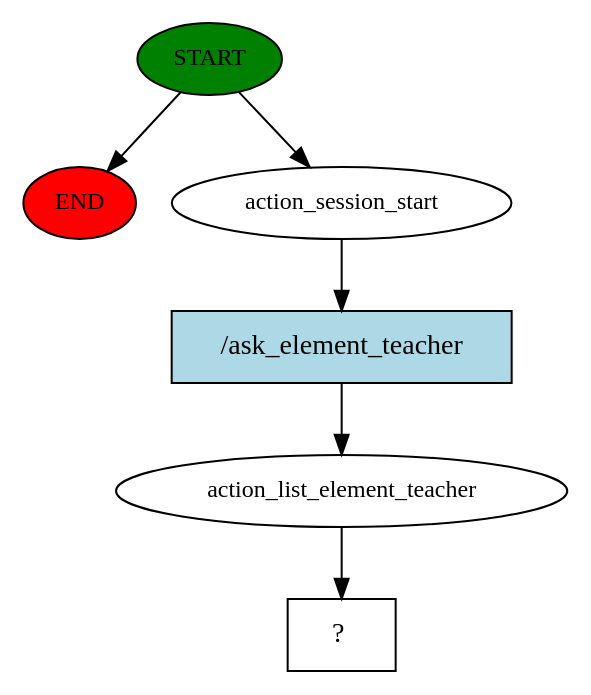
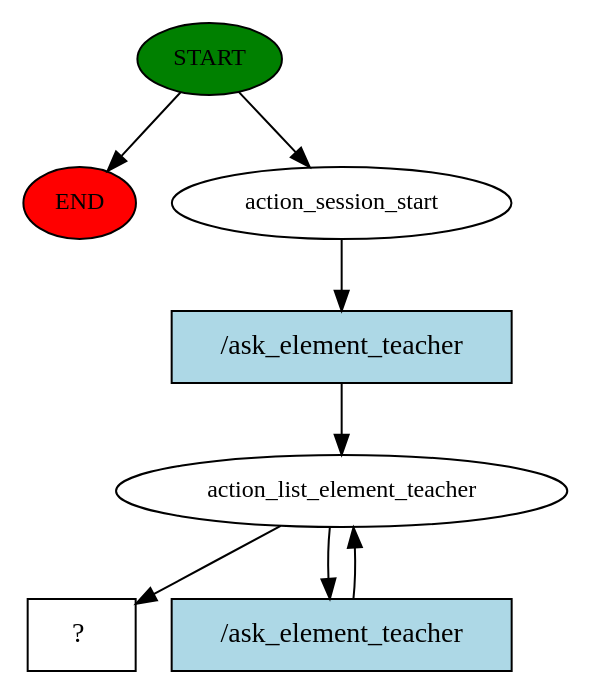
The diagram in story_graph.dot (yb403/ChatBotAI-costumer-service), drawn with Graphviz before and after one commit. The commit also changed 2 other files, not shown here.

```diff
--- a/story_graph.dot
+++ b/story_graph.dot
@@ -1,13 +1,16 @@
 digraph  {
 0 [class="start active", fillcolor=green, fontsize=12, label=START, style=filled];
 "-1" [class=end, fillcolor=red, fontsize=12, label=END, style=filled];
 1 [class=active, fontsize=12, label=action_session_start];
 2 [class=active, fontsize=12, label=action_list_element_teacher];
-3 [class="intent dashed active", label="  ?  ", shape=rect];
-4 [class="intent active", fillcolor=lightblue, label="/ask_element_teacher", shape=rect, style=filled];
+5 [class="intent dashed active", label="  ?  ", shape=rect];
+6 [class="intent active", fillcolor=lightblue, label="/ask_element_teacher", shape=rect, style=filled];
+7 [class="intent active", fillcolor=lightblue, label="/ask_element_teacher", shape=rect, style=filled];
 0 -> "-1"  [class="", key=NONE, label=""];
 0 -> 1  [class=active, key=NONE, label=""];
-1 -> 4  [class=active, key=0];
-2 -> 3  [class=active, key=NONE, label=""];
-4 -> 2  [class=active, key=0];
+1 -> 6  [class=active, key=0];
+2 -> 5  [class=active, key=NONE, label=""];
+2 -> 7  [class=active, key=0];
+6 -> 2  [class=active, key=0];
+7 -> 2  [class=active, key=0];
 }
```
